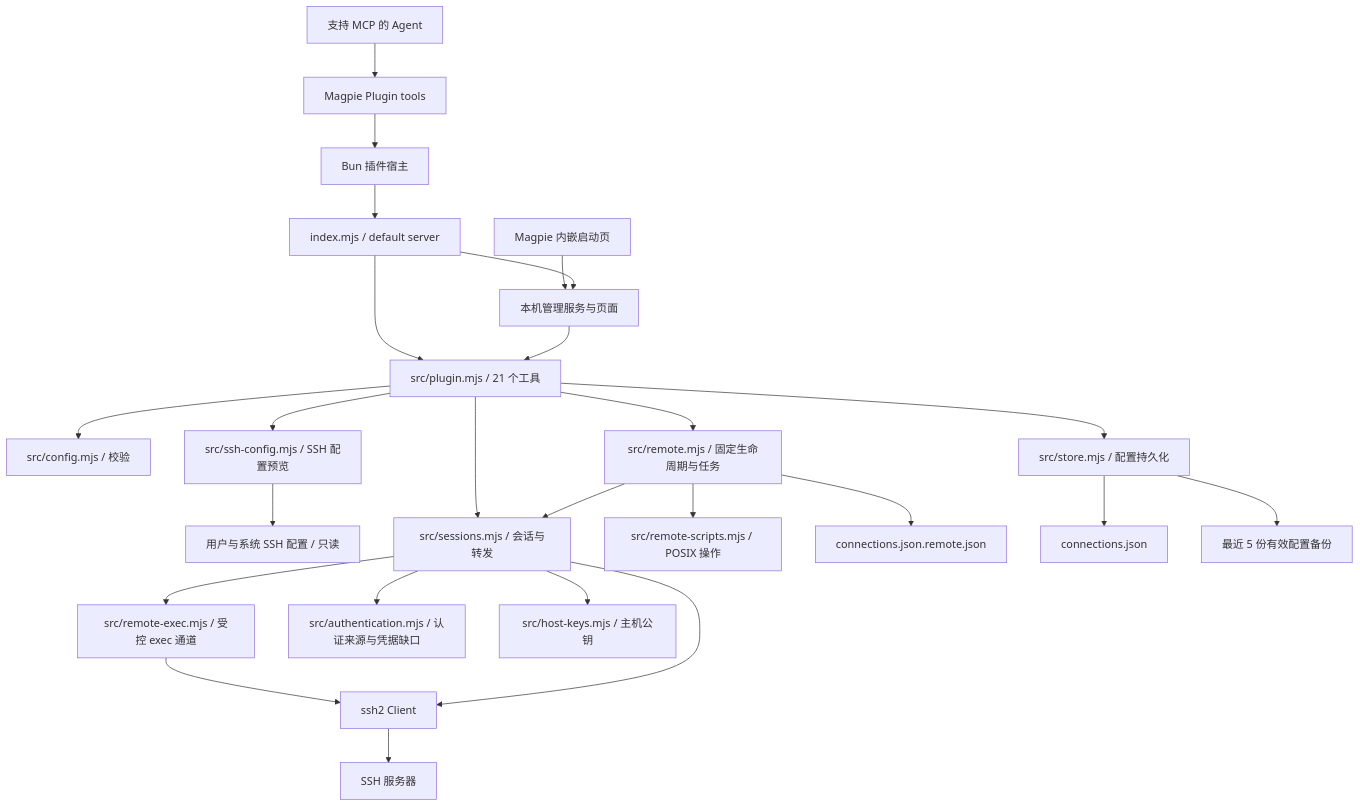
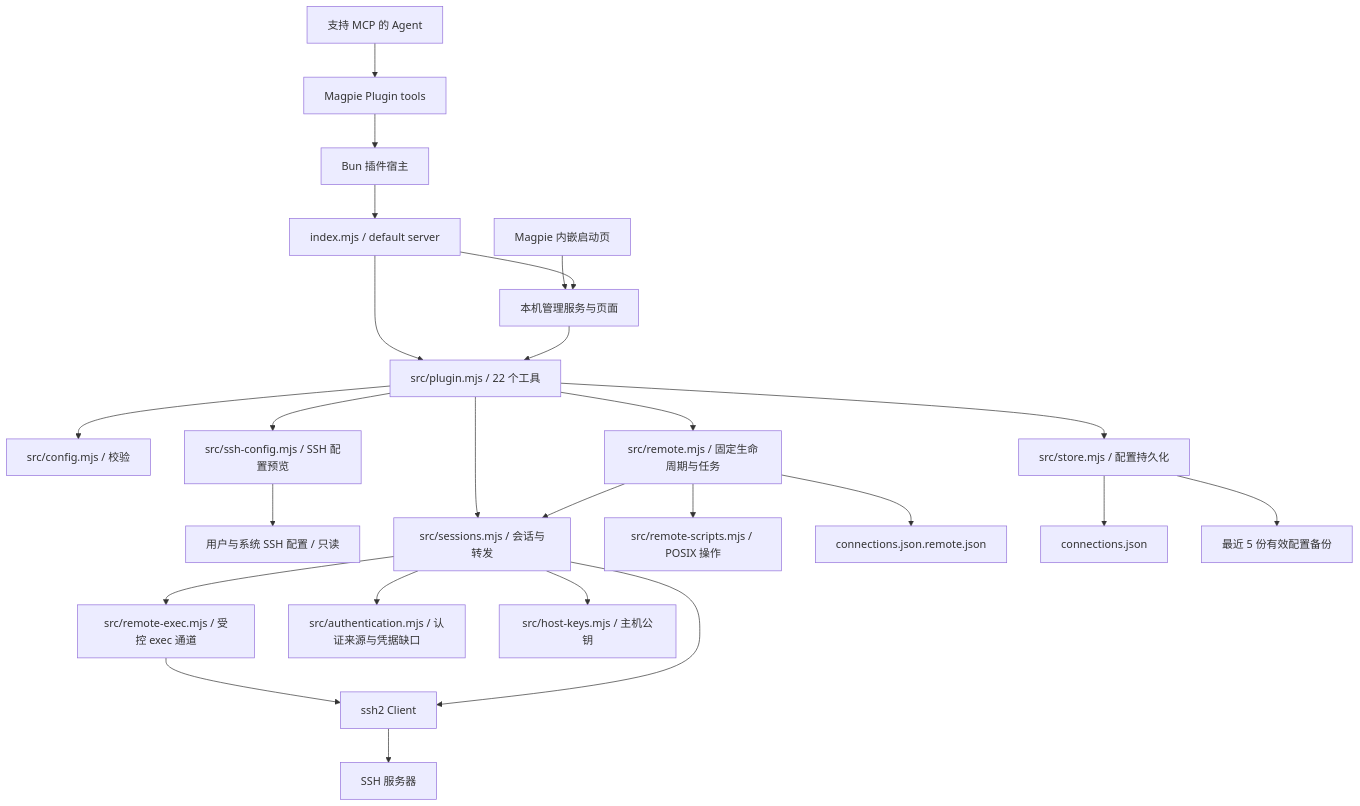
One commit to zhaoyi2018/magpie-remote changed the first of 4 diagrams in docs/architecture.md. Above: the diagram before and after it, drawn with Mermaid. The commit also changed other lines of this file and 22 other files, not shown here.

````diff
--- a/docs/architecture.md
+++ b/docs/architecture.md
@@ -5,27 +5,27 @@
 ```mermaid
 flowchart TD
   Agent[支持 MCP 的 Agent] --> Gateway[Magpie Plugin tools]
   Gateway --> Host[Bun 插件宿主]
   Host --> Entry[index.mjs / default server]
-  Entry --> Tools[src/plugin.mjs / 21 个工具]
+  Entry --> Tools[src/plugin.mjs / 22 个工具]
   Page[Magpie 内嵌启动页] --> UI[本机管理服务与页面]
   Entry --> UI
   UI --> Tools
   Tools --> Config[src/config.mjs / 校验]
   Tools --> Store[src/store.mjs / 配置持久化]
   Tools --> Import[src/ssh-config.mjs / SSH 配置预览]
   Import --> Source[用户与系统 SSH 配置 / 只读]
   Tools --> Sessions[src/sessions.mjs / 会话与转发]
   Tools --> Remote[src/remote.mjs / 固定生命周期与任务]
   Remote --> Scripts[src/remote-scripts.mjs / POSIX 操作]
   Remote --> RemoteState[connections.json.remote.json]
   Remote --> Sessions
   Sessions --> Exec[src/remote-exec.mjs / 受控 exec 通道]
   Exec --> SSH
   Sessions --> Authentication[src/authentication.mjs / 认证来源与凭据缺口]
   Sessions --> Trust[src/host-keys.mjs / 主机公钥]
   Sessions --> SSH[ssh2 Client]
   SSH --> Server[SSH 服务器]
   Store --> File[connections.json]
   Store --> Backups[最近 5 份有效配置备份]
 ```
````
